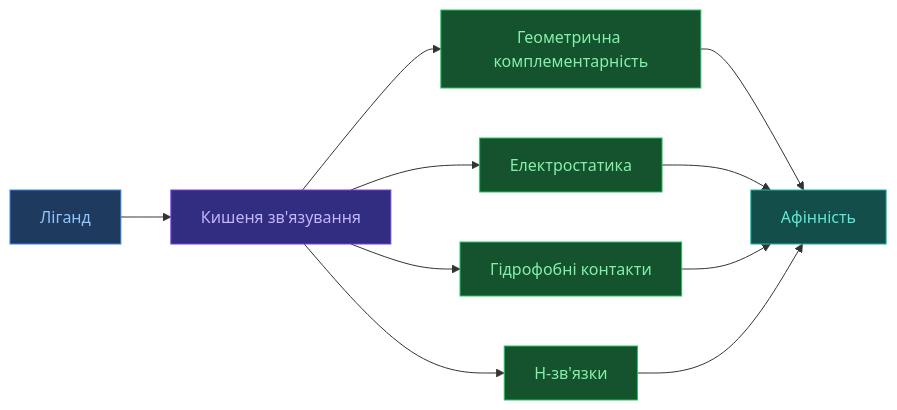
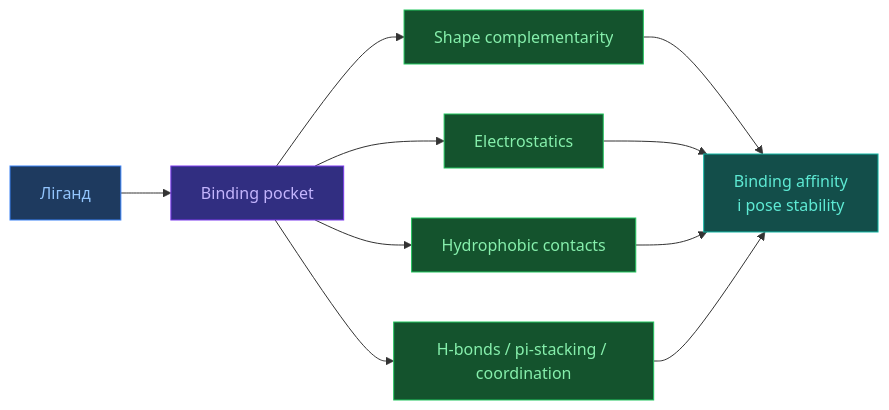
Before and after one commit to OlehVolkov/AlphaFold3-AIGen-KnowledgeBase: the second of 2 diagrams in UA/2. Концепції/2.1. Біологія/2.1.3. Ліганди та малі молекули.md, drawn with Mermaid. The commit also changed other lines of this file and 33 other files, not shown here.

````diff
--- a/UA/2. Концепції/2.1. Біологія/2.1.3. Ліганди та малі молекули.md
+++ b/UA/2. Концепції/2.1. Біологія/2.1.3. Ліганди та малі молекули.md
@@ -70,19 +116,19 @@
 ```mermaid
 flowchart LR
-    L["Ліганд"]:::input --> P["Кишеня зв'язування"]:::trunk
-    P --> C1["Геометрична комплементарність"]:::diffusion
-    P --> C2["Електростатика"]:::diffusion
-    P --> C3["Гідрофобні контакти"]:::diffusion
-    P --> C4["H-зв'язки"]:::diffusion
-    C1 --> A["Афінність"]:::output
+    L["Ліганд"]:::input --> P["Binding pocket"]:::trunk
+    P --> C1["Shape complementarity"]:::diffusion
+    P --> C2["Electrostatics"]:::diffusion
+    P --> C3["Hydrophobic contacts"]:::diffusion
+    P --> C4["H-bonds / pi-stacking / coordination"]:::diffusion
+    C1 --> A["Binding affinity<br/>і pose stability"]:::output
     C2 --> A
     C3 --> A
     C4 --> A
 
     classDef input fill:#1e3a5f,stroke:#3b82f6,color:#93c5fd
     classDef trunk fill:#312e81,stroke:#7c3aed,color:#c4b5fd
     classDef diffusion fill:#14532d,stroke:#22c55e,color:#86efac
     classDef confidence fill:#7c2d12,stroke:#ea580c,color:#fdba74
     classDef output fill:#134e4a,stroke:#14b8a6,color:#5eead4
     classDef neutral fill:#1e293b,stroke:#475569,color:#94a3b8
 ```
````
